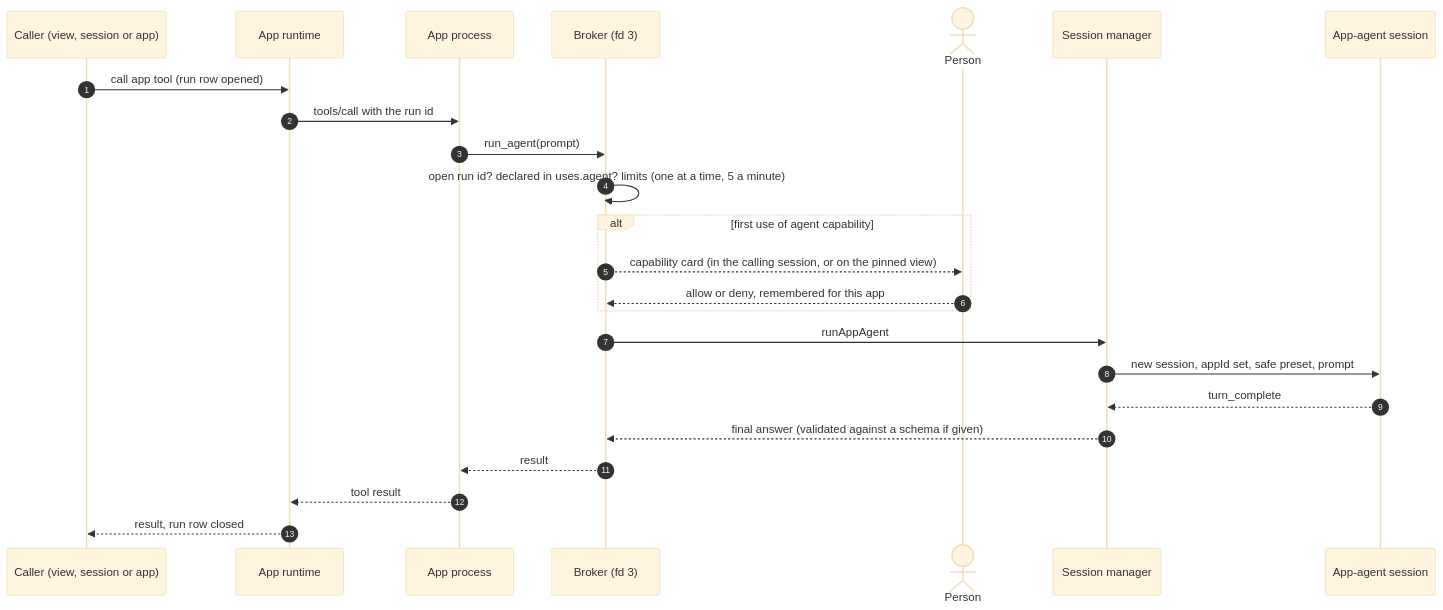
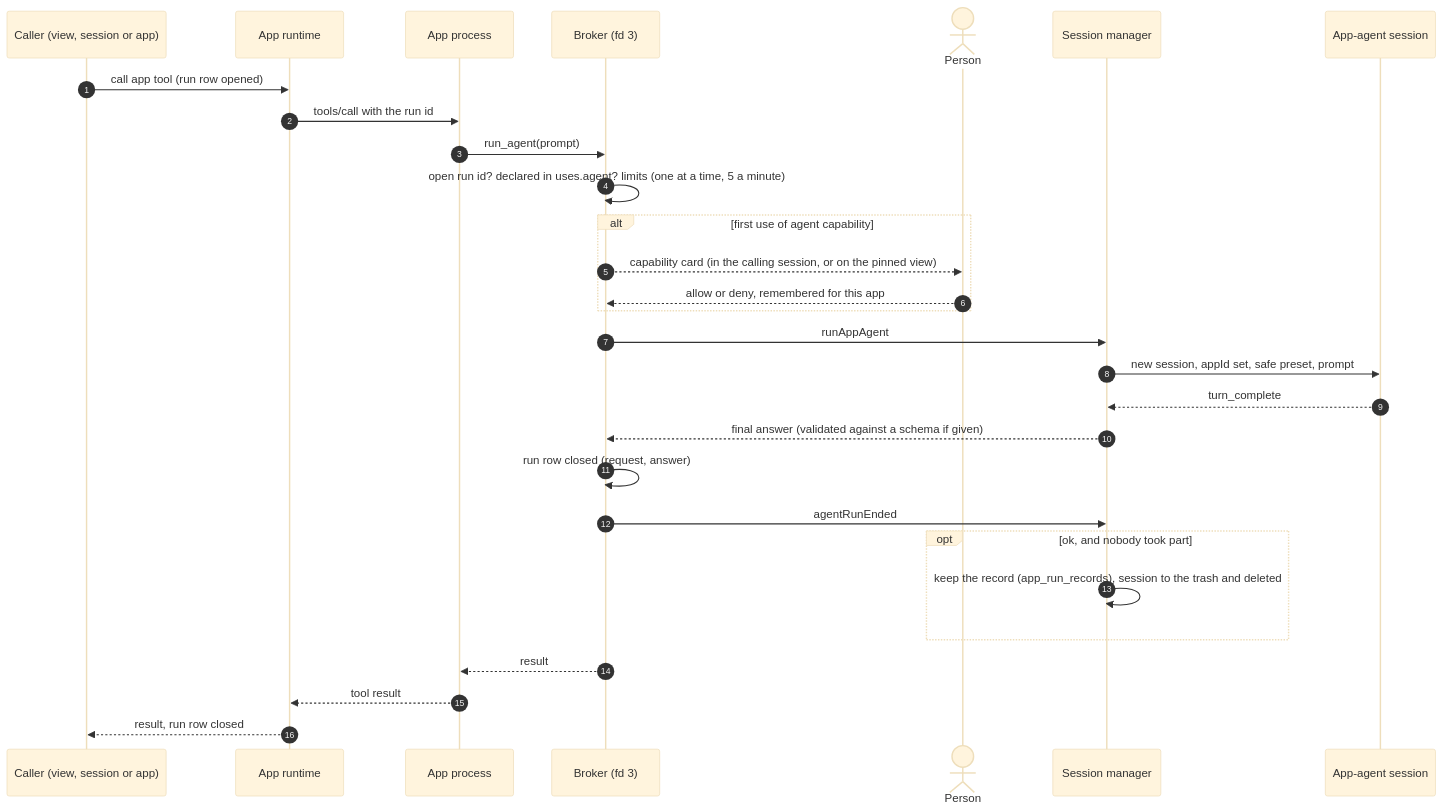
The ninth of 11 diagrams in docs/domain-model.ko.md (ijun17/centralu), drawn with Mermaid (base theme) before and after one commit. The commit also changed other lines of this file and 48 other files, not shown here.

First line of the commit message:
feat(agent-host): delete finished app-agent sessions, keep their runs

````diff
--- a/docs/domain-model.ko.md
+++ b/docs/domain-model.ko.md
@@ -607,26 +609,31 @@
 ```mermaid
 sequenceDiagram
   autonumber
   participant V as Caller (view, session or app)
   participant R as App runtime
   participant App as App process
   participant B as Broker (fd 3)
   actor P as Person
   participant M as Session manager
   participant AG as App-agent session
   V->>R: call app tool (run row opened)
   R->>App: tools/call with the run id
   App->>B: run_agent(prompt)
   B->>B: open run id? declared in uses.agent? limits (one at a time, 5 a minute)
   alt first use of agent capability
     B-->>P: capability card (in the calling session, or on the pinned view)
     P-->>B: allow or deny, remembered for this app
   end
   B->>M: runAppAgent
   M->>AG: new session, appId set, safe preset, prompt
   AG-->>M: turn_complete
   M-->>B: final answer (validated against a schema if given)
+  B->>B: run row closed (request, answer)
+  B->>M: agentRunEnded
+  opt ok, and nobody took part
+    M->>M: keep the record (app_run_records), session to the trash and deleted
+  end
   B-->>App: result
   App-->>R: tool result
   R-->>V: result, run row closed
 ```
````
